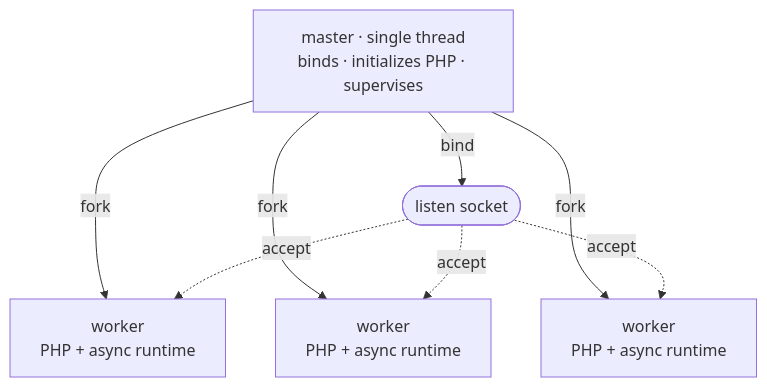
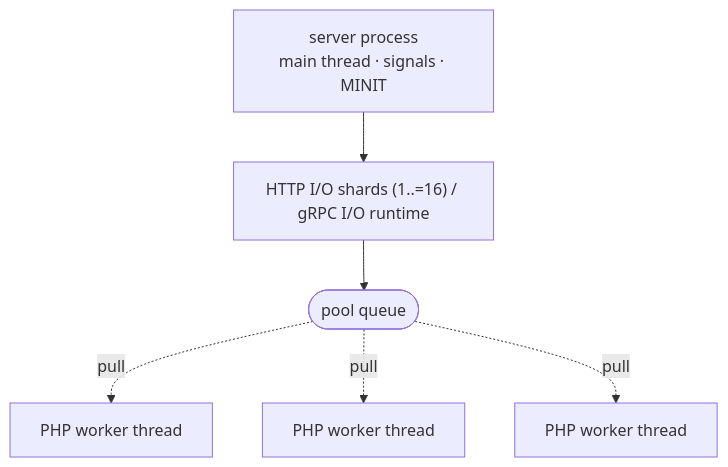
Before and after one commit to rapira-rs/rapira-rs.github.io: the diagram in docs/process-model.md, drawn with Mermaid. The commit also changed other lines of this file and 120 other files, not shown here.

````diff
--- a/docs/process-model.md
+++ b/docs/process-model.md
@@ -24,15 +25,14 @@
 ```mermaid
 flowchart TB
-  M["master · single thread<br/>binds · initializes PHP · supervises"]
-  S(["listen socket"])
-  W1["worker<br/>PHP + async runtime"]
-  W2["worker<br/>PHP + async runtime"]
-  W3["worker<br/>PHP + async runtime"]
-  M -- bind --> S
-  M -- fork --> W1
-  M -- fork --> W2
-  M -- fork --> W3
-  S -. accept .-> W1
-  S -. accept .-> W2
-  S -. accept .-> W3
+  S["server process<br/>main thread · signals · MINIT"]
+  IO["HTTP I/O shards (1..=16) / gRPC I/O runtime"]
+  Q(["pool queue"])
+  W1["PHP worker thread"]
+  W2["PHP worker thread"]
+  W3["PHP worker thread"]
+  S --> IO
+  IO --> Q
+  Q -. pull .-> W1
+  Q -. pull .-> W2
+  Q -. pull .-> W3
 ```
````
